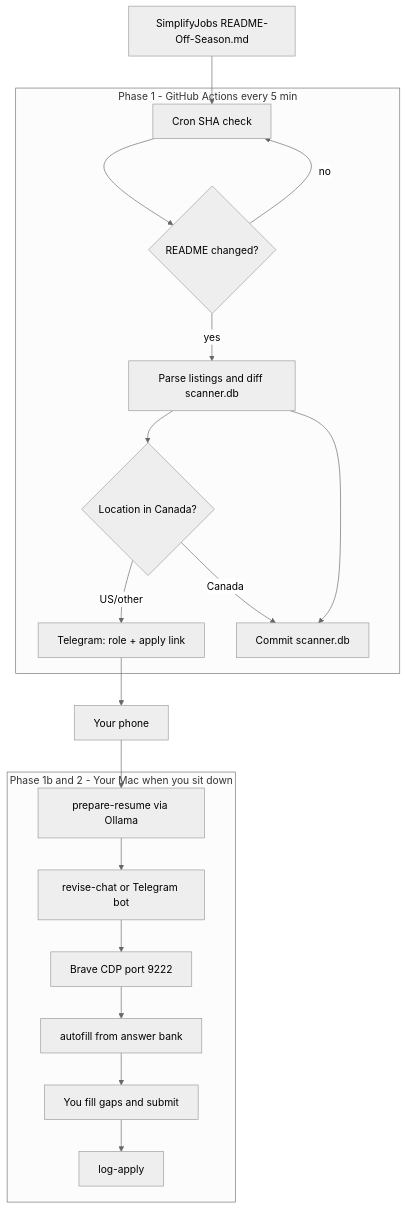
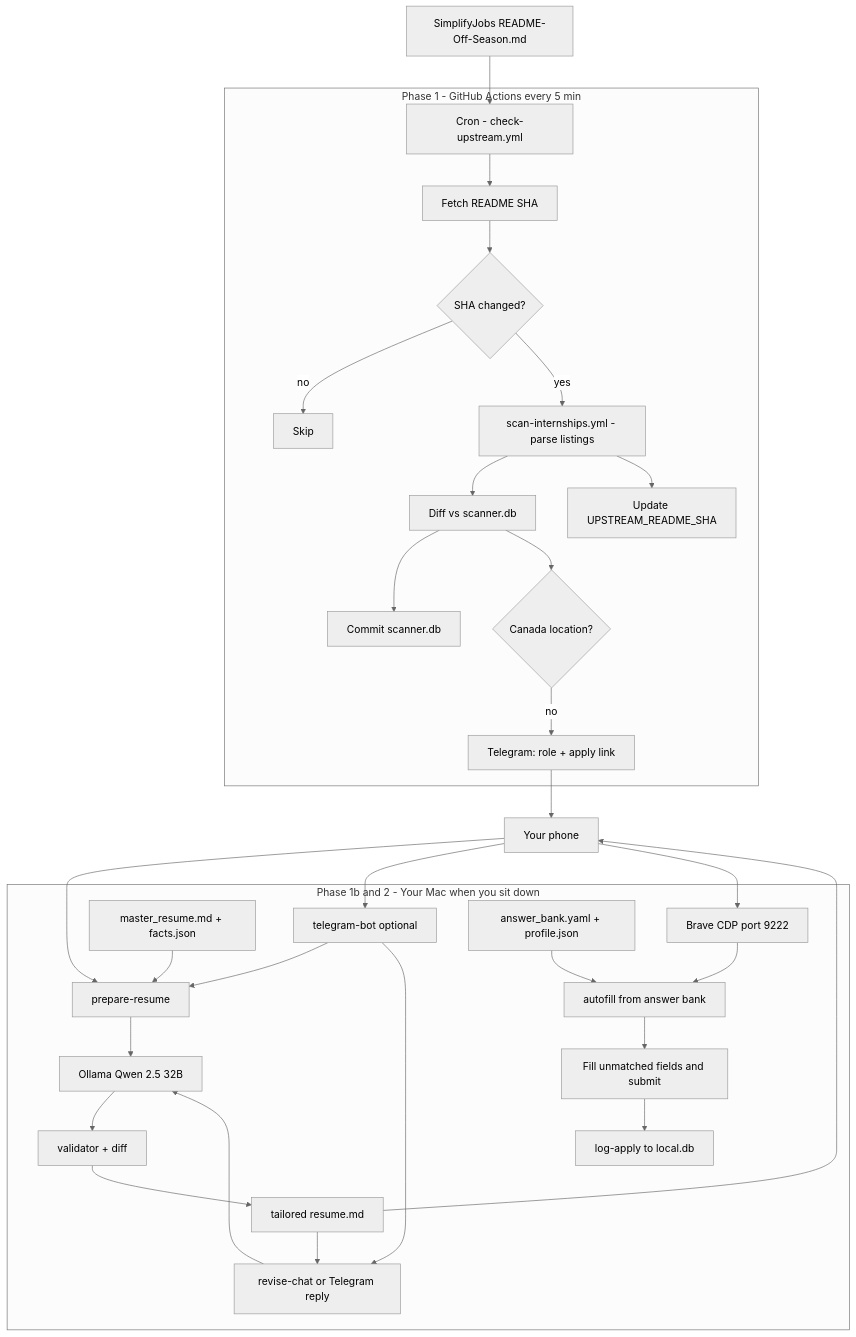
Before and after one commit to AnushSonone/job-apply-assistant: the diagram in README.md, drawn with Mermaid (neutral theme). The commit also changed other lines of this file, not shown here.

First line of the commit message:
Consolidate README architecture into a single Mermaid diagram.

````diff
--- a/README.md
+++ b/README.md
@@ -9,33 +9,52 @@
 ```mermaid
 flowchart TB
     SJ[SimplifyJobs README-Off-Season.md]
 
     subgraph CI[Phase 1 - GitHub Actions every 5 min]
-        CRON[Cron SHA check]
-        CHANGED{README changed?}
-        SCAN[Parse listings and diff scanner.db]
-        FILTER{Location in Canada?}
+        CRON[Cron - check-upstream.yml]
+        SHA[Fetch README SHA]
+        CHANGED{SHA changed?}
+        SKIP[Skip]
+        SCAN[scan-internships.yml - parse listings]
+        DIFF[Diff vs scanner.db]
+        FILTER{Canada location?}
         ALERT[Telegram: role + apply link]
         COMMIT[Commit scanner.db]
+        VAR[Update UPSTREAM_README_SHA]
     end
 
     subgraph MAC[Phase 1b and 2 - Your Mac when you sit down]
-        PREP[prepare-resume via Ollama]
-        REVISE[revise-chat or Telegram bot]
+        PREP[prepare-resume]
+        BOT[telegram-bot optional]
+        OLLAMA[Ollama Qwen 2.5 32B]
+        MASTER[master_resume.md + facts.json]
+        VALID[validator + diff]
+        RESUME[tailored resume.md]
+        REVISE[revise-chat or Telegram reply]
         BRAVE[Brave CDP port 9222]
         AUTO[autofill from answer bank]
-        MANUAL[You fill gaps and submit]
-        LOG[log-apply]
+        BANK[answer_bank.yaml + profile.json]
+        MANUAL[Fill unmatched fields and submit]
+        LOG[log-apply to local.db]
     end
 
     PHONE[Your phone]
 
-    SJ --> CRON --> CHANGED
-    CHANGED -->|no| CRON
-    CHANGED -->|yes| SCAN
-    SCAN --> FILTER
-    FILTER -->|Canada| COMMIT
-    FILTER -->|US/other| ALERT --> PHONE
-    SCAN --> COMMIT
-    PHONE --> PREP --> REVISE --> BRAVE --> AUTO --> MANUAL --> LOG
+    SJ --> CRON --> SHA --> CHANGED
+    CHANGED -->|no| SKIP
+    CHANGED -->|yes| SCAN --> DIFF --> COMMIT
+    DIFF --> FILTER
+    FILTER -->|no| ALERT --> PHONE
+    SCAN --> VAR
+
+    PHONE --> PREP
+    PHONE --> BOT
+    BOT --> PREP
+    BOT --> REVISE
+    MASTER --> PREP
+    PREP --> OLLAMA --> VALID --> RESUME
+    RESUME --> REVISE --> OLLAMA
+    RESUME --> PHONE
+    PHONE --> BRAVE --> AUTO --> MANUAL --> LOG
+    BANK --> AUTO
 ```
````
